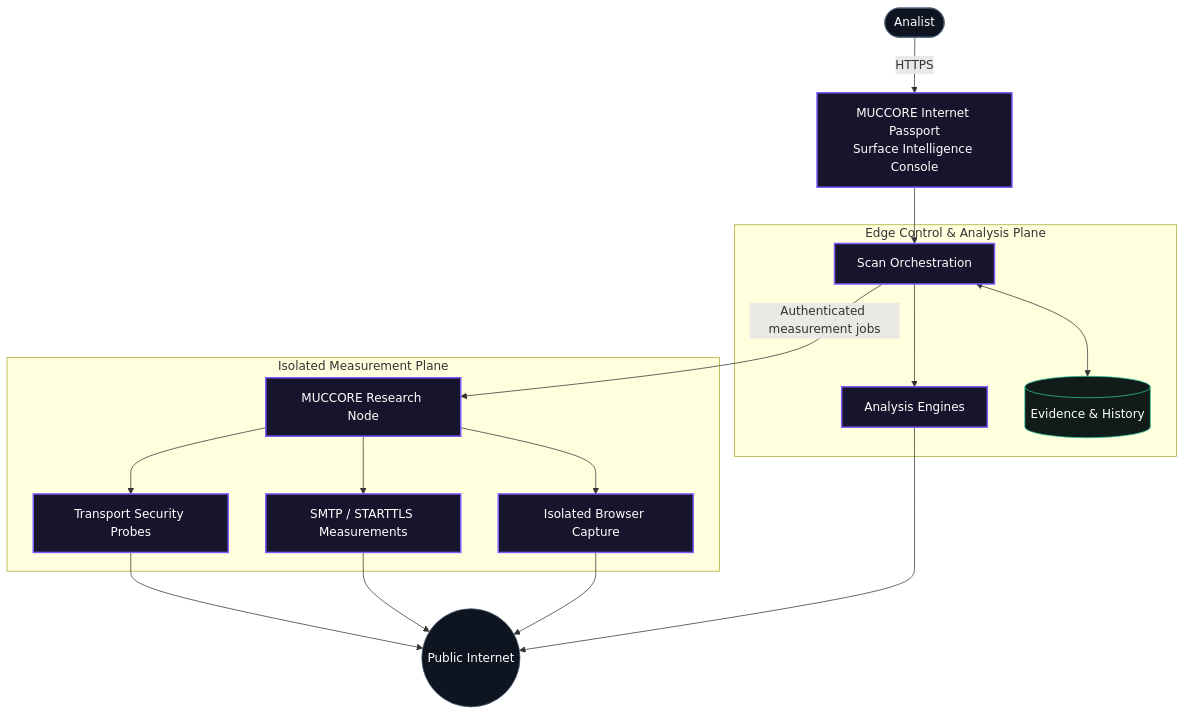
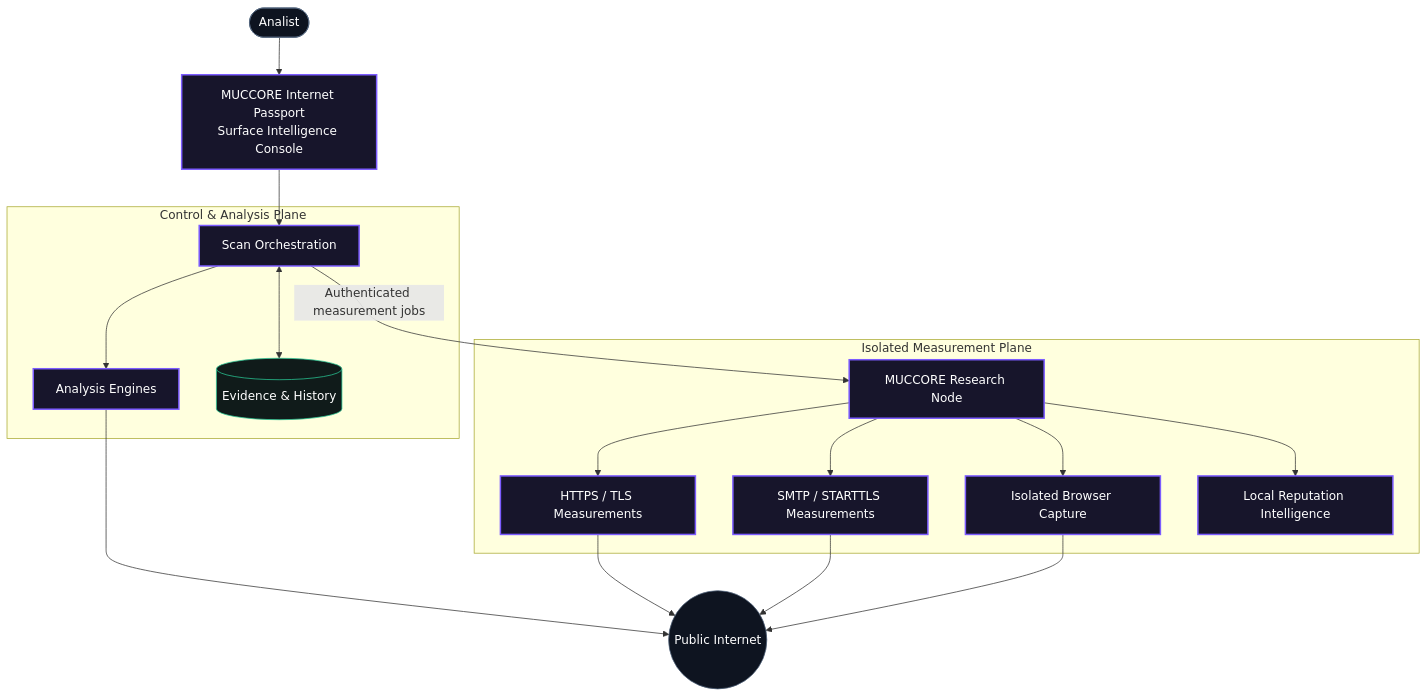
One commit to mchdIron/muccore-internet-passport changed the second of 2 diagrams in README.tr.md. Above: the diagram before and after it, drawn with Mermaid. The commit also changed other lines of this file, not shown here.

Commit message:
docs: update Turkish public README for current platform capabilities

````diff
--- a/README.tr.md
+++ b/README.tr.md
@@ -67,37 +82,38 @@
 ```mermaid
 flowchart TB
-    U([Analist]) -->|HTTPS| UI["MUCCORE Internet Passport<br/>Surface Intelligence Console"]
+    U([Analist]) --> UI["MUCCORE Internet Passport<br/>Surface Intelligence Console"]
 
-    subgraph CP["Edge Control & Analysis Plane"]
+    subgraph CP["Control & Analysis Plane"]
         O["Scan Orchestration"]
         A["Analysis Engines"]
         S[("Evidence & History")]
         O --> A
         O <--> S
     end
 
-    UI --> O
-
     subgraph MP["Isolated Measurement Plane"]
         N["MUCCORE Research Node"]
-        TP["Transport Security Probes"]
+        TP["HTTPS / TLS Measurements"]
         SP["SMTP / STARTTLS Measurements"]
         BP["Isolated Browser Capture"]
+        RP["Local Reputation Intelligence"]
         N --> TP
         N --> SP
         N --> BP
+        N --> RP
     end
 
+    UI --> O
     O -->|"Authenticated measurement jobs"| N
-    TP --> NET((Public Internet))
+    A --> NET((Public Internet))
+    TP --> NET
     SP --> NET
     BP --> NET
-    A --> NET
 
     classDef edge fill:#17152b,stroke:#7c5cff,color:#fff,stroke-width:2px;
     classDef plane fill:#0e1420,stroke:#53657d,color:#fff;
     classDef data fill:#101b1a,stroke:#29c995,color:#fff;
-    class UI,O,A,N,TP,SP,BP edge;
+    class UI,O,A,N,TP,SP,BP,RP edge;
     class U,NET plane;
     class S data;
 ```
````
